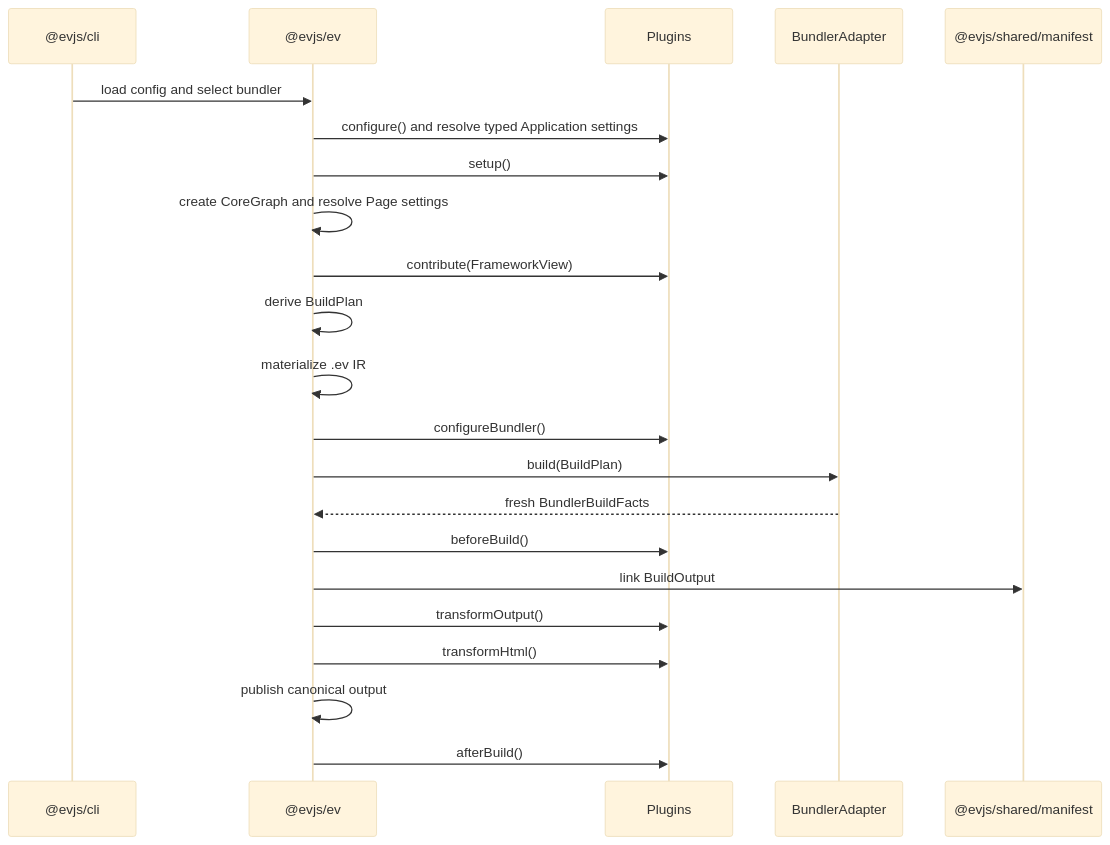
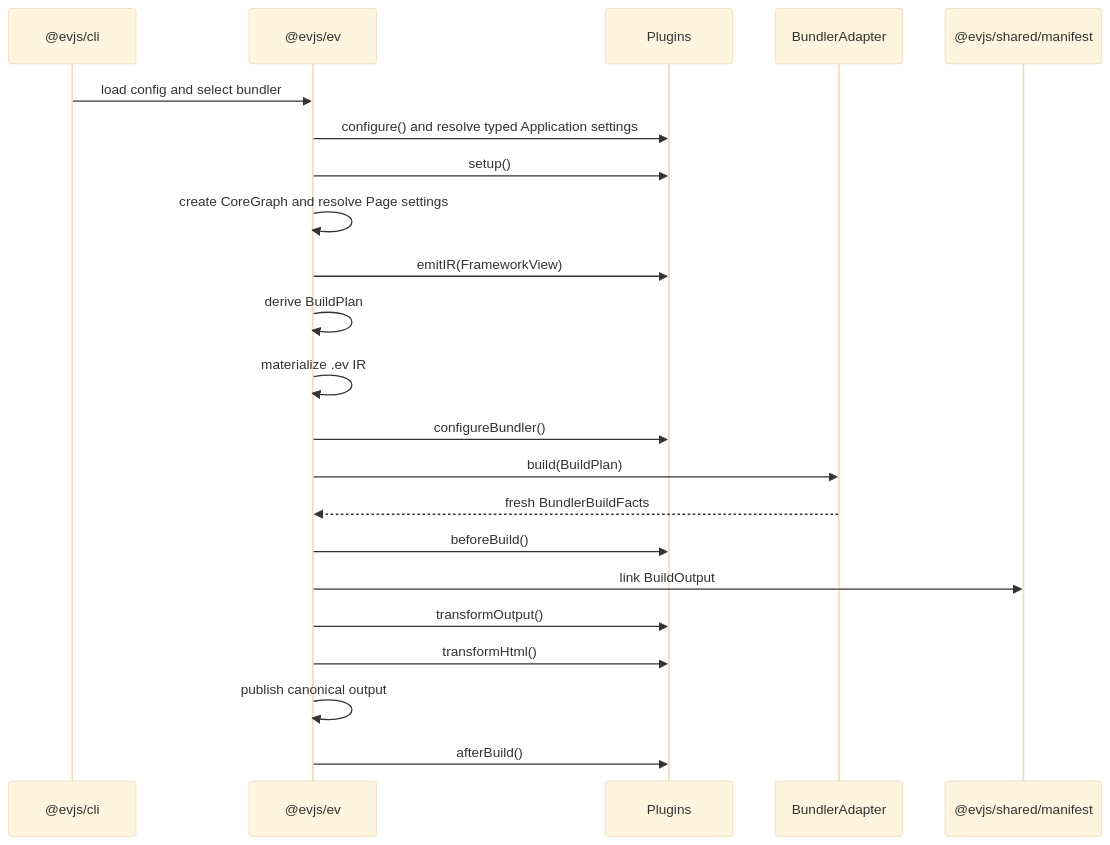
Before and after one commit to afx-team/evjs: the diagram in ARCHITECTURE.md, drawn with Mermaid (base theme). The commit also changed other lines of this file and 106 other files, not shown here.

````diff
--- a/ARCHITECTURE.md
+++ b/ARCHITECTURE.md
@@ -90,25 +90,25 @@
 ```mermaid
 sequenceDiagram
   participant CLI as @evjs/cli
   participant EV as @evjs/ev
   participant Plugin as Plugins
   participant Bundler as BundlerAdapter
   participant Shared as @evjs/shared/manifest
 
   CLI->>EV: load config and select bundler
   EV->>Plugin: configure() and resolve typed Application settings
   EV->>Plugin: setup()
   EV->>EV: create CoreGraph and resolve Page settings
-  EV->>Plugin: contribute(FrameworkView)
+  EV->>Plugin: emitIR(FrameworkView)
   EV->>EV: derive BuildPlan
   EV->>EV: materialize .ev IR
   EV->>Plugin: configureBundler()
   EV->>Bundler: build(BuildPlan)
   Bundler-->>EV: fresh BundlerBuildFacts
   EV->>Plugin: beforeBuild()
   EV->>Shared: link BuildOutput
   EV->>Plugin: transformOutput()
   EV->>Plugin: transformHtml()
   EV->>EV: publish canonical output
   EV->>Plugin: afterBuild()
 ```
````
